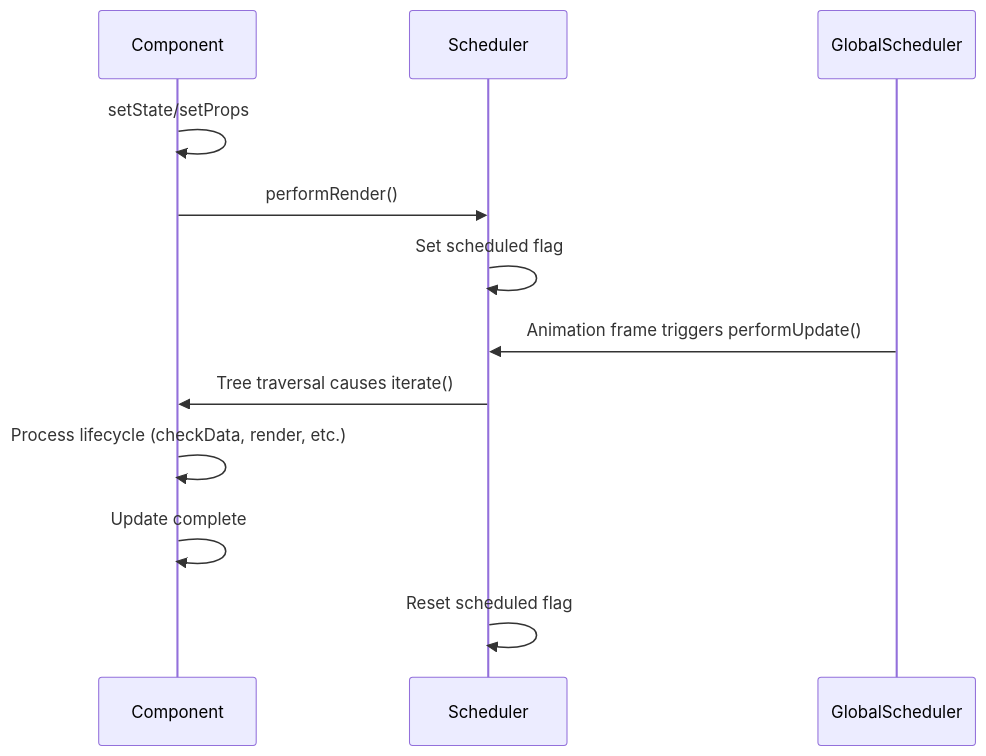
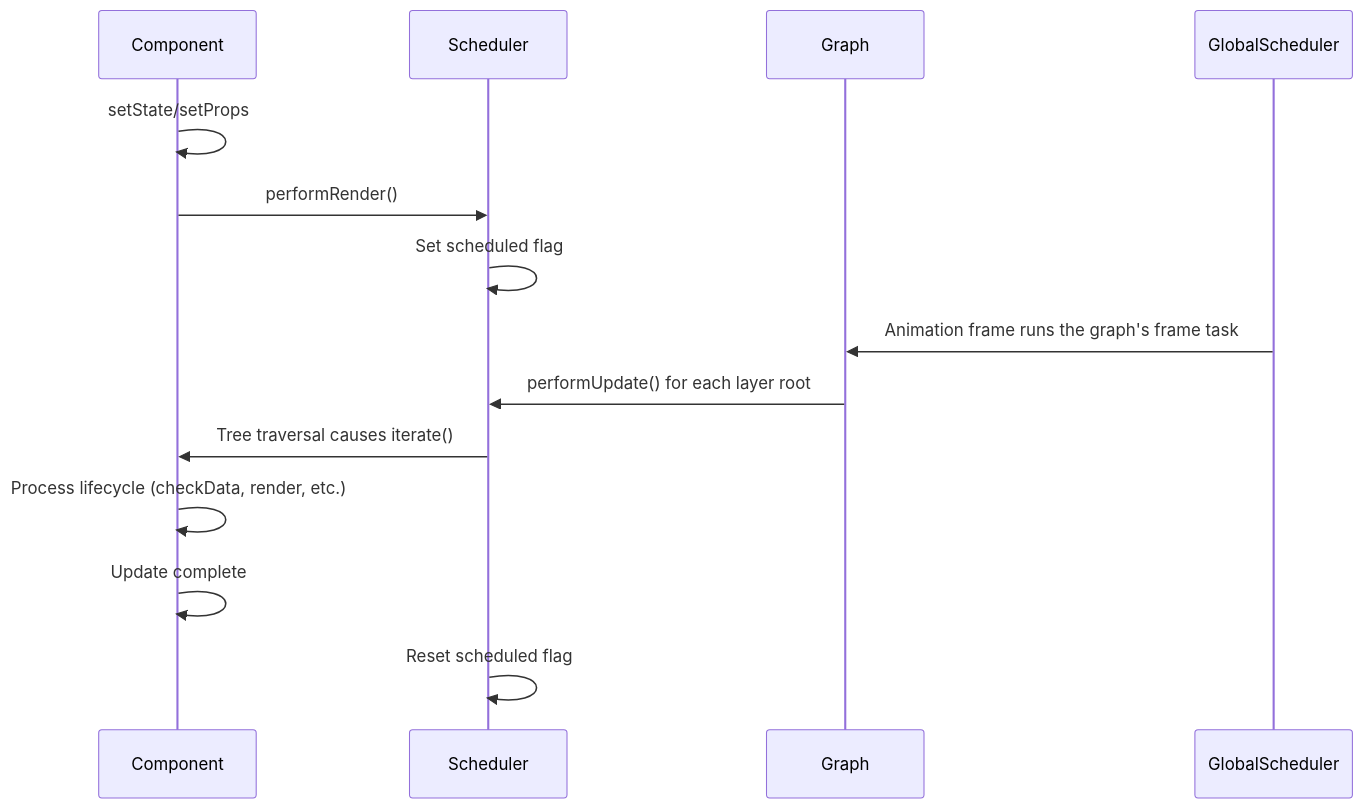
The seventh of 7 diagrams in packages/graph/docs/system/scheduler-system.md (gravity-ui/graph), drawn with Mermaid before and after one commit. The commit also changed other lines of this file and 25 other files, not shown here.

First line of the commit message:
fix(graph)!: let the graph drive its layers and keep graphs collectable (#395)

````diff
--- a/packages/graph/docs/system/scheduler-system.md
+++ b/packages/graph/docs/system/scheduler-system.md
@@ -528,15 +557,17 @@
 ```mermaid
 sequenceDiagram
     participant C as Component
     participant S as Scheduler
+    participant Gr as Graph
     participant G as GlobalScheduler
     
     C->>C: setState/setProps
     C->>S: performRender()
     S->>S: Set scheduled flag
-    G->>S: Animation frame triggers performUpdate()
+    G->>Gr: Animation frame runs the graph's frame task
+    Gr->>S: performUpdate() for each layer root
     S->>C: Tree traversal causes iterate()
     C->>C: Process lifecycle (checkData, render, etc.)
     C->>C: Update complete
     S->>S: Reset scheduled flag
 ```
````
